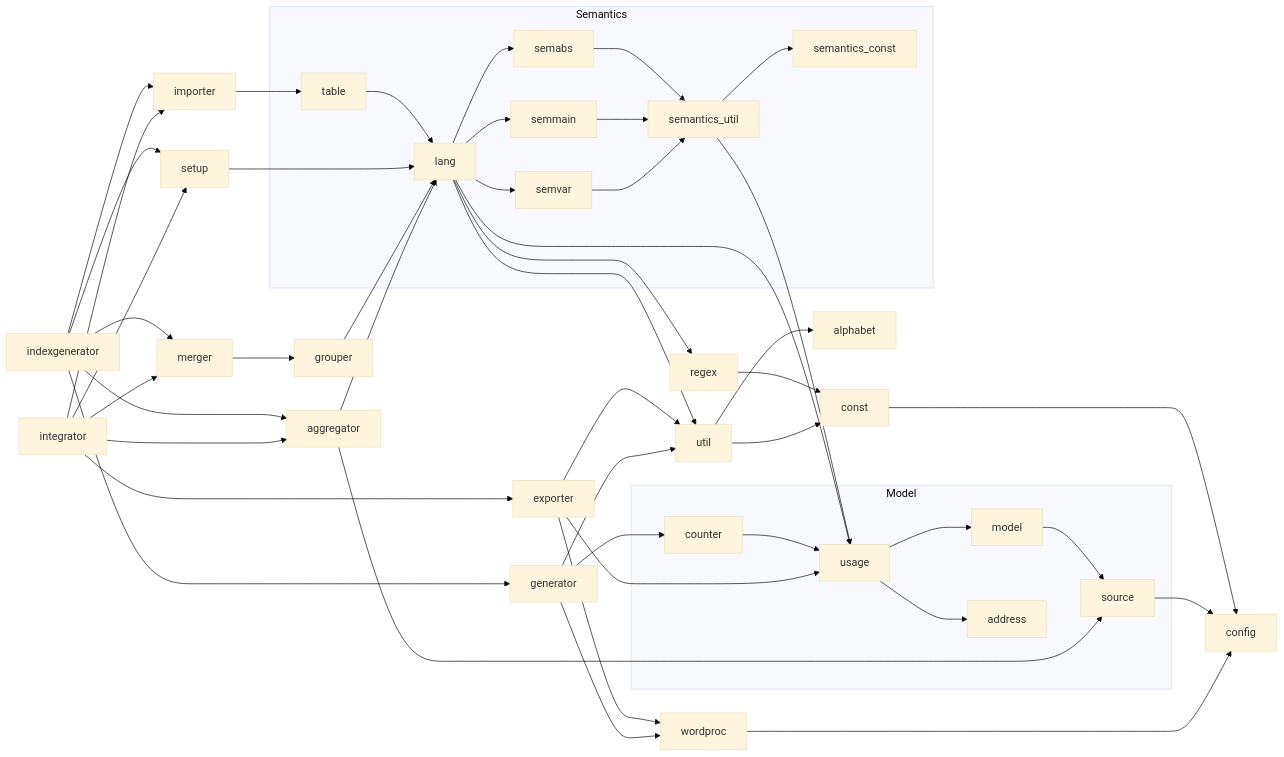
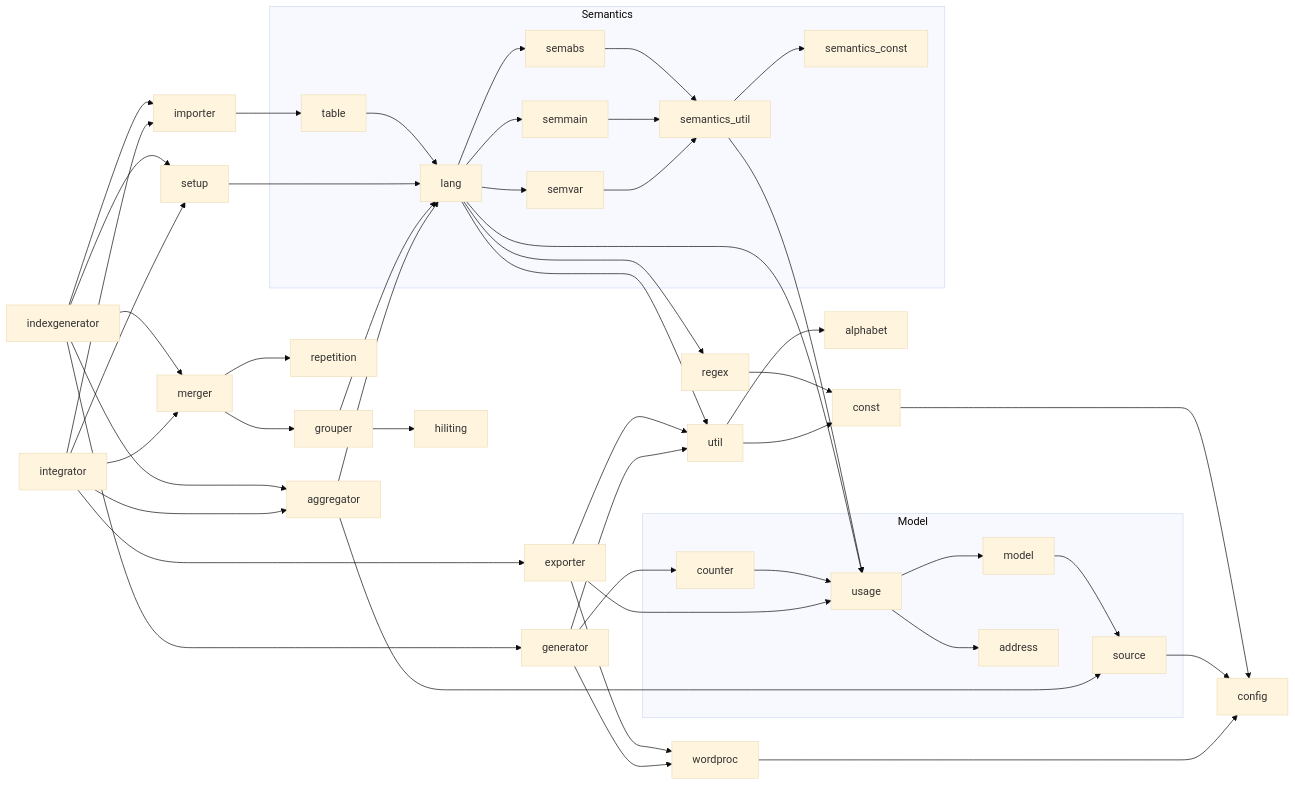
Before and after one commit to mapto/UchitelnoEvangelie: the second of 2 diagrams in integrator/README.md, drawn with Mermaid (base theme). The commit also changed 1 other file, not shown here.

Commit message:
Updated diagram

````diff
--- a/integrator/README.md
+++ b/integrator/README.md
@@ -38,48 +38,50 @@
 ```mermaid
 graph LR
   const --> config
   regex --> const
   util --> const
   util --> alphabet 
   source --> config
 
   subgraph Model
     model --> source
     usage --> address
     usage --> model
     counter --> usage
   end
   semantics_util --> usage
   lang --> regex
   lang --> util
   lang --> usage
   
   subgraph Semantics
     semantics_util --> semantics_const
     semabs --> semantics_util
     semmain --> semantics_util
     semvar --> semantics_util
     lang --> semabs
     lang --> semmain
     lang --> semvar
     table --> lang 
   end
   setup --> lang
 
   grouper --> lang
+  grouper --> hiliting
   merger --> grouper
+  merger --> repetition
 
   aggregator --> source
   aggregator --> lang
 
   importer --> table
 
   wordproc --> config
   exporter --> usage
 
   exporter & generator --> util & wordproc
   integrator --> exporter
   generator --> counter
   indexgenerator --> generator
   indexgenerator & integrator -->  setup & importer & merger & aggregator
 ```
````
